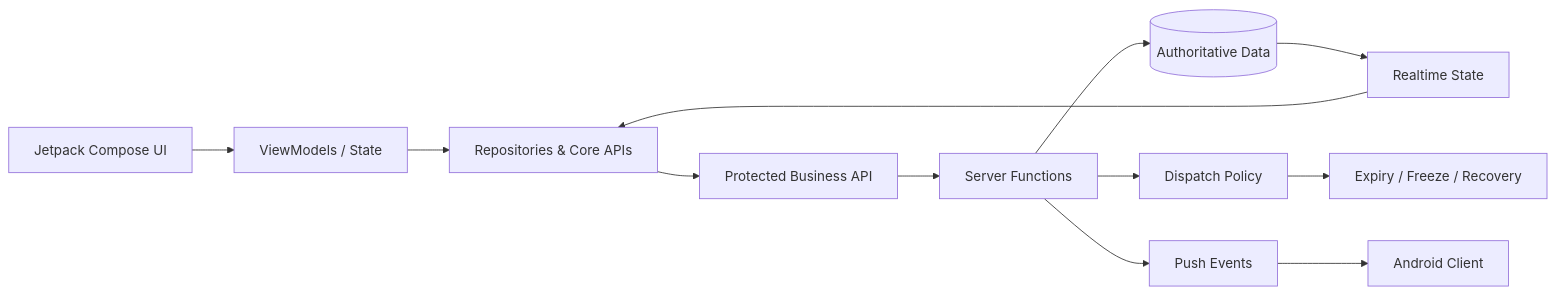
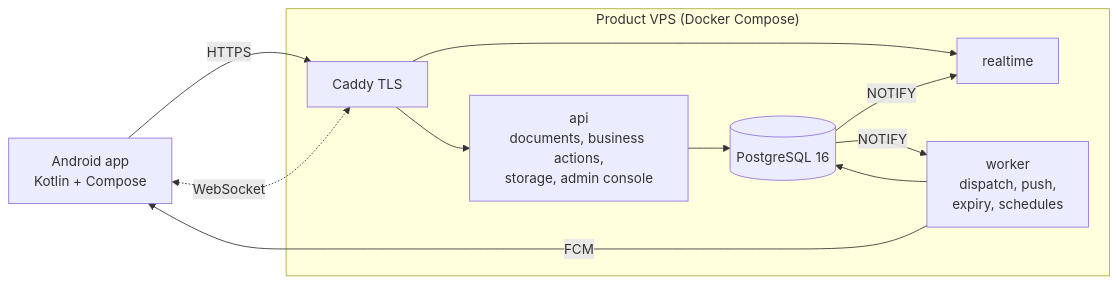
One commit to ywtzcloud/mingalarpar-taxi-showcase changed the diagram in README.md. Above: the diagram before and after it, drawn with Mermaid. The commit also changed other lines of this file and 5 other files, not shown here.

````diff
--- a/README.md
+++ b/README.md
@@ -36,14 +43,14 @@
 ```mermaid
 flowchart LR
-    UI[Jetpack Compose UI] --> VM[ViewModels / State]
-    VM --> R[Repositories & Core APIs]
-    R --> API[Protected Business API]
-    API --> FN[Server Functions]
-    FN --> DB[(Authoritative Data)]
-    FN --> DSP[Dispatch Policy]
-    DSP --> EXP[Expiry / Freeze / Recovery]
-    DB --> RT[Realtime State]
-    RT --> R
-    FN --> FCM[Push Events]
-    FCM --> APP[Android Client]
+  A[Android app<br/>Kotlin + Compose] -- HTTPS --> C[Caddy TLS]
+  A <-. WebSocket .-> C
+  subgraph VPS["Product VPS (Docker Compose)"]
+    C --> API[api<br/>documents, business actions,<br/>storage, admin console]
+    C --> RT[realtime]
+    API --> PG[(PostgreSQL 16)]
+    W[worker<br/>dispatch, push,<br/>expiry, schedules] --> PG
+    PG -- NOTIFY --> RT
+    PG -- NOTIFY --> W
+  end
+  W -- FCM --> A
 ```
````
